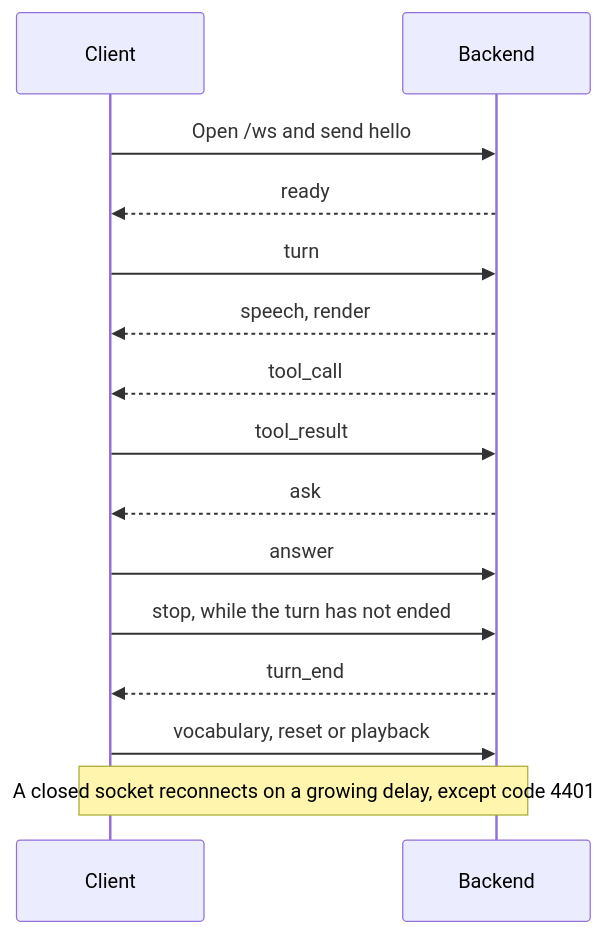
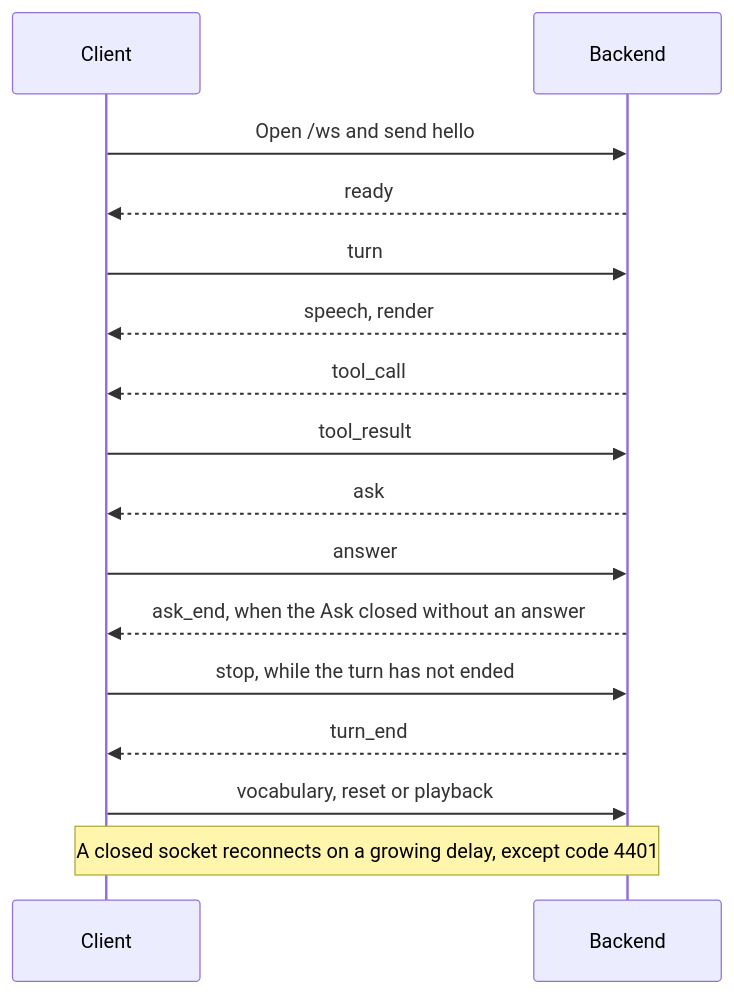
Before and after one commit to yw0nam/YUI: the diagram in docs/reference/push-transport.md, drawn with Mermaid.

Commit message:
docs: the push transport diagram shows ask_end (#1809)

````diff
--- a/docs/reference/push-transport.md
+++ b/docs/reference/push-transport.md
@@ -8,17 +8,18 @@
 ```mermaid
 sequenceDiagram
   participant C as Client
   participant B as Backend
   C->>B: Open /ws and send hello
   B-->>C: ready
   C->>B: turn
   B-->>C: speech, render
   B-->>C: tool_call
   C->>B: tool_result
   B-->>C: ask
   C->>B: answer
+  B-->>C: ask_end, when the Ask closed without an answer
   C->>B: stop, while the turn has not ended
   B-->>C: turn_end
   C->>B: vocabulary, reset or playback
   Note over C,B: A closed socket reconnects on a growing delay, except code 4401
 ```
````
